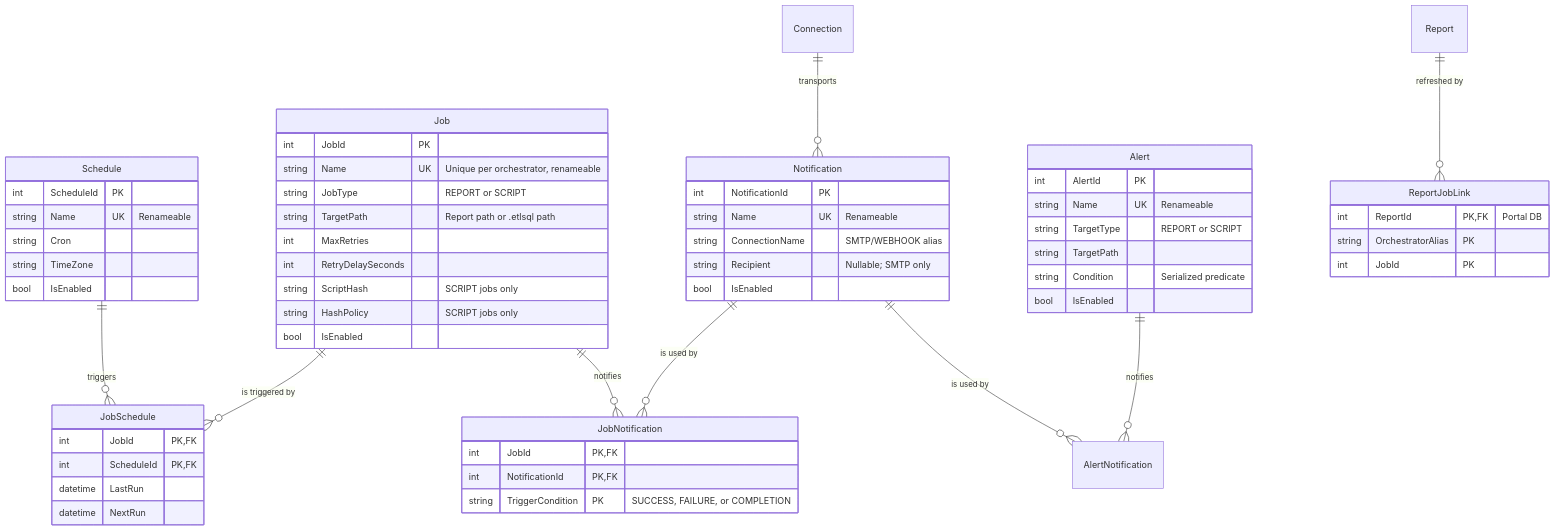
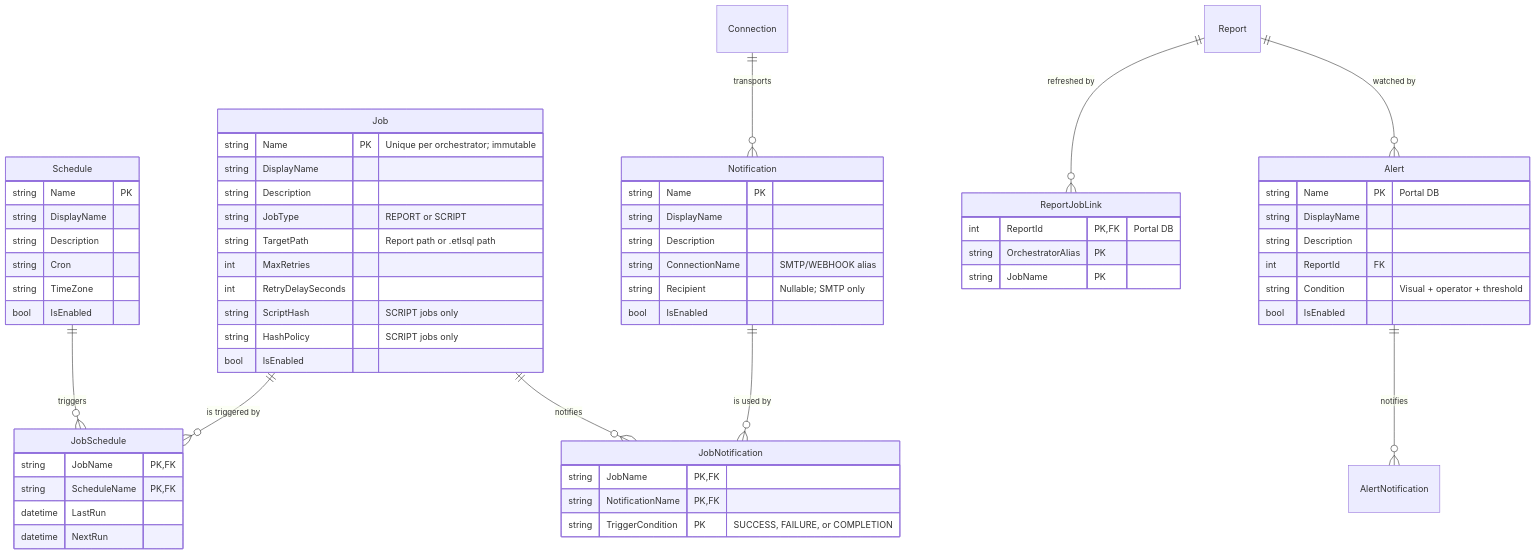
The diagram in docs/architecture/decisions/job_schedule_notification.md (etl-sql/ETL-SQL), drawn with Mermaid before and after one commit. The commit also changed other lines of this file and 1 other file, not shown here.

````diff
--- a/docs/architecture/decisions/job_schedule_notification.md
+++ b/docs/architecture/decisions/job_schedule_notification.md
@@ -95,67 +127,70 @@
 ```mermaid
 erDiagram
     Schedule ||--o{ JobSchedule : triggers
     Job ||--o{ JobSchedule : "is triggered by"
     Job ||--o{ JobNotification : notifies
     Notification ||--o{ JobNotification : "is used by"
     Alert ||--o{ AlertNotification : notifies
-    Notification ||--o{ AlertNotification : "is used by"
     Connection ||--o{ Notification : transports
     Report ||--o{ ReportJobLink : "refreshed by"
+    Report ||--o{ Alert : "watched by"
 
     Job {
-        int JobId PK
-        string Name UK "Unique per orchestrator, renameable"
+        string Name PK "Unique per orchestrator; immutable"
+        string DisplayName
+        string Description
         string JobType "REPORT or SCRIPT"
         string TargetPath "Report path or .etlsql path"
         int MaxRetries
         int RetryDelaySeconds
         string ScriptHash "SCRIPT jobs only"
         string HashPolicy "SCRIPT jobs only"
         bool IsEnabled
     }
 
     Schedule {
-        int ScheduleId PK
-        string Name UK "Renameable"
+        string Name PK
+        string DisplayName
+        string Description
         string Cron
         string TimeZone
         bool IsEnabled
     }
 
     Notification {
-        int NotificationId PK
-        string Name UK "Renameable"
+        string Name PK
+        string DisplayName
+        string Description
         string ConnectionName "SMTP/WEBHOOK alias"
         string Recipient "Nullable; SMTP only"
         bool IsEnabled
     }
 
     Alert {
-        int AlertId PK
-        string Name UK "Renameable"
-        string TargetType "REPORT or SCRIPT"
-        string TargetPath
-        string Condition "Serialized predicate"
+        string Name PK "Portal DB"
+        string DisplayName
+        string Description
+        int ReportId FK
+        string Condition "Visual + operator + threshold"
         bool IsEnabled
     }
 
     JobSchedule {
-        int JobId PK, FK
-        int ScheduleId PK, FK
+        string JobName PK, FK
+        string ScheduleName PK, FK
         datetime LastRun
         datetime NextRun
     }
 
     JobNotification {
-        int JobId PK, FK
-        int NotificationId PK, FK
+        string JobName PK, FK
+        string NotificationName PK, FK
         string TriggerCondition PK "SUCCESS, FAILURE, or COMPLETION"
     }
 
     ReportJobLink {
         int ReportId PK, FK "Portal DB"
         string OrchestratorAlias PK
-        int JobId PK
+        string JobName PK
     }
 ```
````
